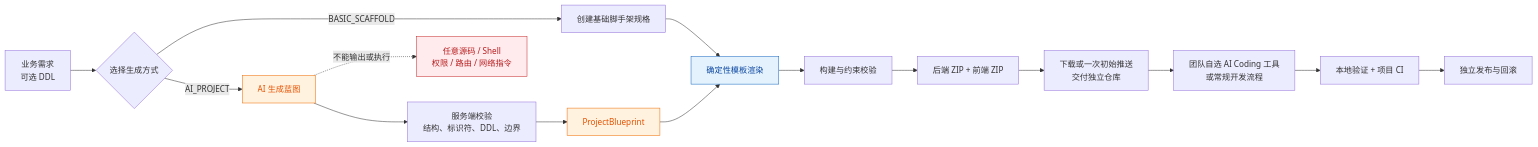
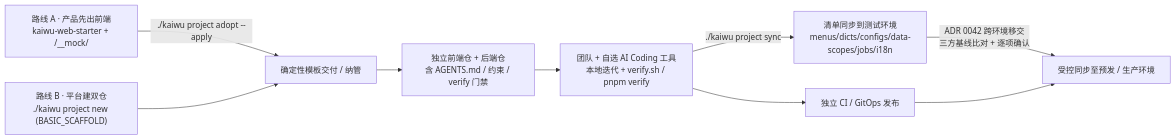
One commit to kaiwuzaidao/kaiwu-system-service changed the second of 7 diagrams in docs/ARCHITECTURE-GUIDE.md. Above: the diagram before and after it, drawn with Mermaid. The commit also changed other lines of this file and 3 other files, not shown here.

````diff
--- a/docs/ARCHITECTURE-GUIDE.md
+++ b/docs/ARCHITECTURE-GUIDE.md
@@ -94,23 +89,10 @@
 ```mermaid
 flowchart LR
-    Input["业务需求<br/>可选 DDL"] --> Mode{"选择生成方式"}
-    Mode -->|"AI_PROJECT"| AI["AI 生成蓝图"]
-    Mode -->|"BASIC_SCAFFOLD"| Basic["创建基础脚手架规格"]
-    AI --> Validate["服务端校验<br/>结构、标识符、DDL、边界"]
-    Validate --> Blueprint["ProjectBlueprint"]
-    Basic --> Render
-    Blueprint --> Render["确定性模板渲染"]
-    Render --> Verify["构建与约束校验"]
-    Verify --> Artifacts["后端 ZIP + 前端 ZIP"]
-    Artifacts --> Handoff["下载或一次初始推送<br/>交付独立仓库"]
-    Handoff --> Coding["团队自选 AI Coding 工具<br/>或常规开发流程"]
-    Coding --> ProjectCI["本地验证 + 项目 CI"]
-    ProjectCI --> Release["独立发布与回滚"]
-
-    AI -. "不能输出或执行" .-> Rejected["任意源码 / Shell<br/>权限 / 路由 / 网络指令"]
-
-    style AI fill:#fff3e0,stroke:#ef6c00,color:#e65100
-    style Blueprint fill:#fff3e0,stroke:#ef6c00,color:#e65100
-    style Render fill:#e3f2fd,stroke:#1565c0,color:#0d47a1
-    style Rejected fill:#ffebee,stroke:#c62828,color:#b71c1c
+    RouteA["路线 A · 产品先出前端<br/>kaiwu-web-starter + /__mock/"] -->|"./kaiwu project adopt --apply"| Render["确定性模板交付 / 纳管"]
+    RouteB["路线 B · 平台建双仓<br/>./kaiwu project new (BASIC_SCAFFOLD)"] --> Render
+    Render --> Artifacts["独立前端仓 + 后端仓<br/>含 AGENTS.md / 约束 / verify 门禁"]
+    Artifacts --> Coding["团队 + 自选 AI Coding 工具<br/>本地迭代 + verify.sh / pnpm verify"]
+    Coding -->|"./kaiwu project sync"| Sync["清单同步到测试环境<br/>menus/dicts/configs/data-scopes/jobs/i18n"]
+    Sync -->|"ADR 0042 跨环境移交<br/>三方基线比对 + 逐项确认"| Prod["受控同步至预发 / 生产环境"]
+    Coding --> ProjectCI["独立 CI / GitOps 发布"] --> Prod
 ```
````
